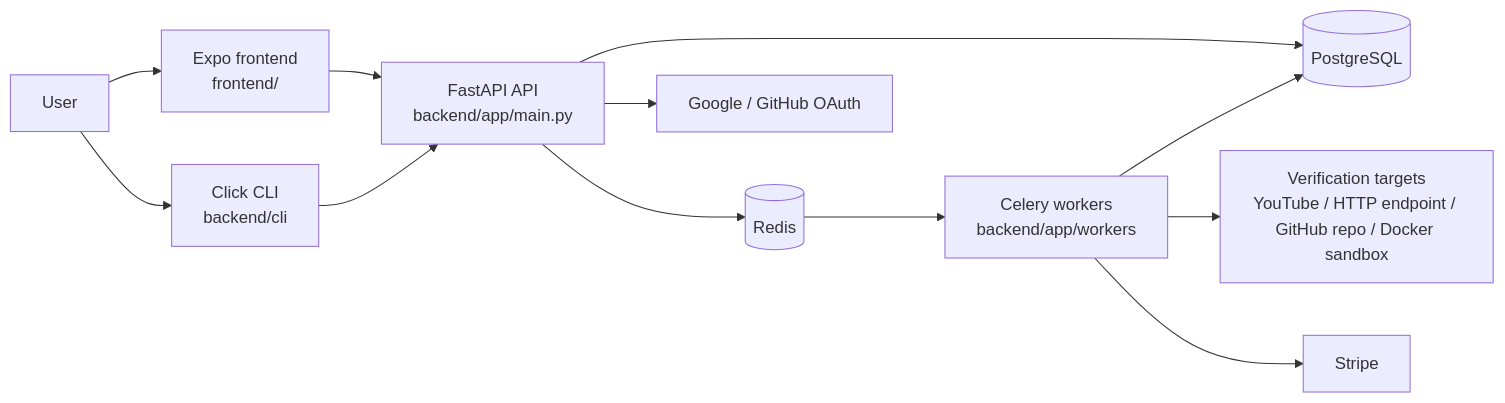
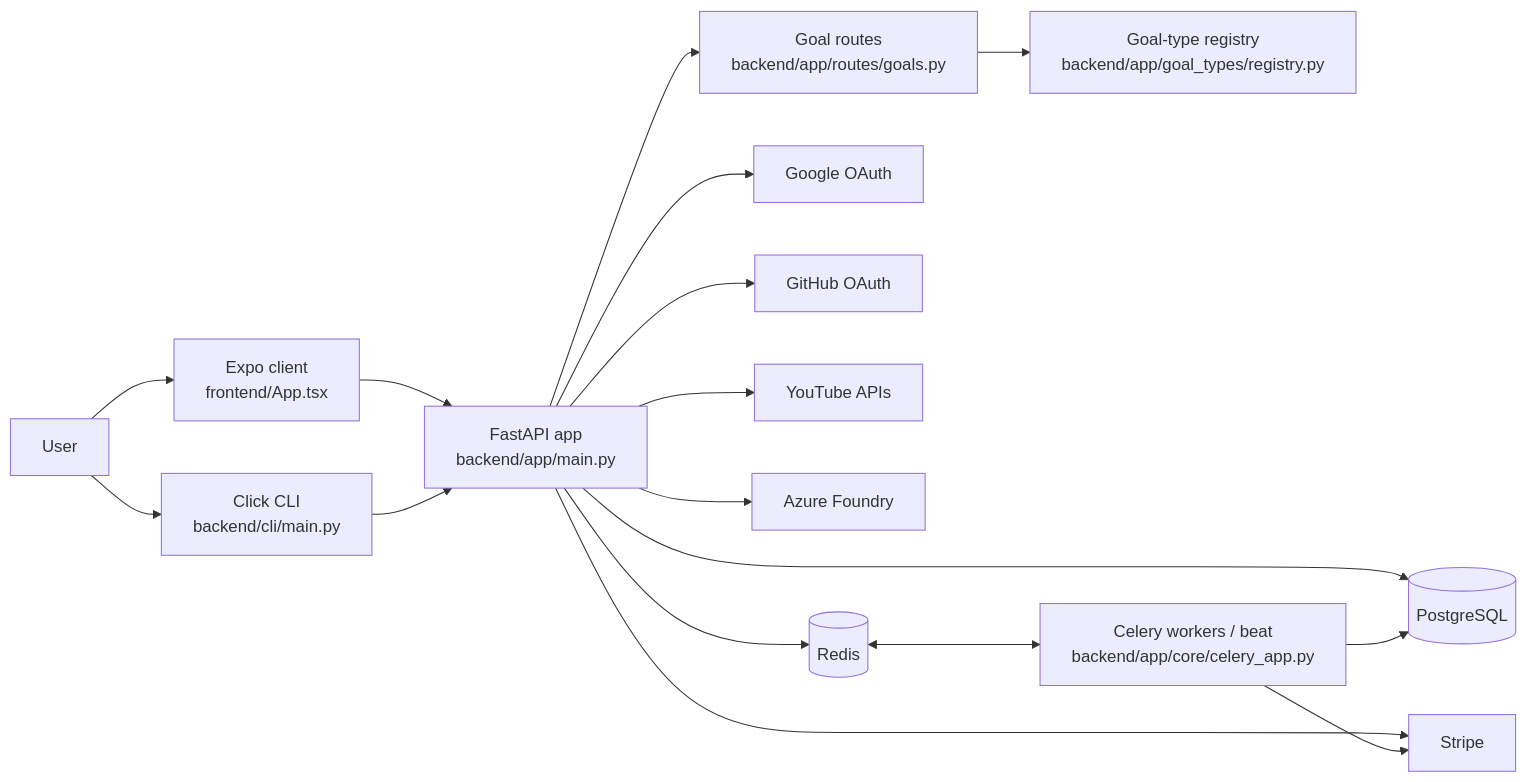
One commit to xvanov/sacrifice changed the first of 2 diagrams in context/architecture-diagrams.md. Above: the diagram before and after it, drawn with Mermaid. The commit also changed other lines of this file and 18 other files, not shown here.

````diff
--- a/context/architecture-diagrams.md
+++ b/context/architecture-diagrams.md
@@ -5,25 +5,21 @@
 ```mermaid
 flowchart LR
-    user[User]
-    frontend[Expo frontend\nfrontend/]
-    cli[Click CLI\nbackend/cli]
-    api[FastAPI API\nbackend/app/main.py]
-    db[(PostgreSQL)]
-    redis[(Redis)]
-    workers[Celery workers\nbackend/app/workers]
-    oauth[Google / GitHub OAuth]
-    verify[Verification targets\nYouTube / HTTP endpoint / GitHub repo / Docker sandbox]
-    stripe[Stripe]
+  U[User] --> FE[Expo client\nfrontend/App.tsx]
+  U --> CLI[Click CLI\nbackend/cli/main.py]
 
-    user --> frontend
-    user --> cli
-    frontend --> api
-    cli --> api
-    api --> db
-    api --> redis
-    redis --> workers
-    workers --> db
-    api --> oauth
-    workers --> verify
-    workers --> stripe
+  FE --> API[FastAPI app\nbackend/app/main.py]
+  CLI --> API
+
+  API --> GOALS[Goal routes\nbackend/app/routes/goals.py]
+  GOALS --> REG[Goal-type registry\nbackend/app/goal_types/registry.py]
+  API --> PG[(PostgreSQL)]
+  API --> STRIPE[Stripe]
+  API --> GOOGLE[Google OAuth]
+  API --> GITHUB[GitHub OAuth]
+  API --> YT[YouTube APIs]
+  API --> AZURE[Azure Foundry]
+  API --> REDIS[(Redis)]
+  REDIS <--> CELERY[Celery workers / beat\nbackend/app/core/celery_app.py]
+  CELERY --> PG
+  CELERY --> STRIPE
 ```
````
